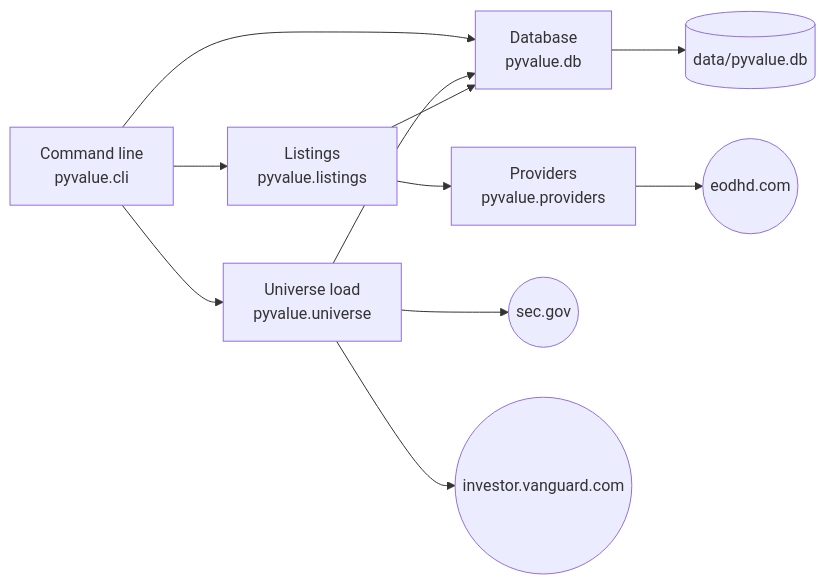
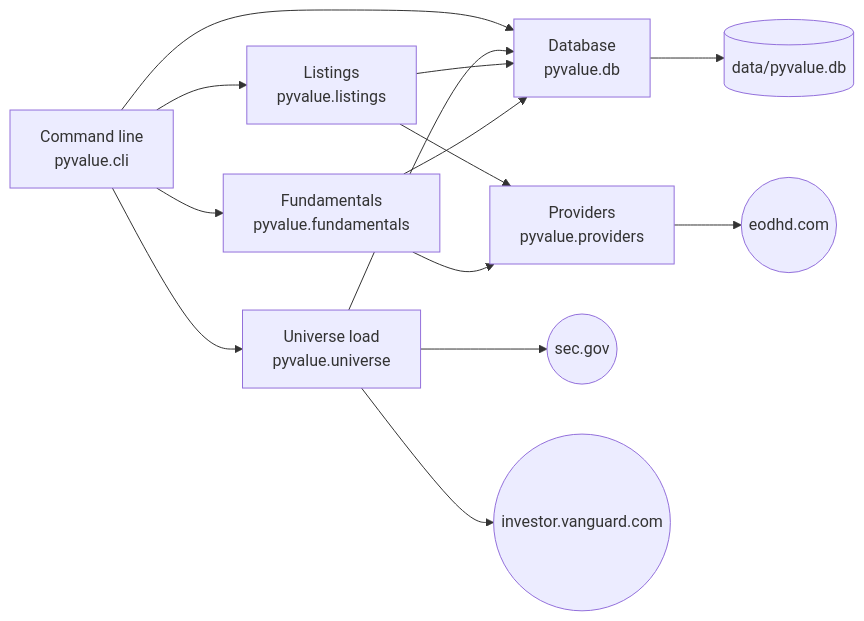
Before and after one commit to emretezel/pyvalue-next: the diagram in docs/architecture.md, drawn with Mermaid. The commit also changed other lines of this file and 27 other files, not shown here.

````diff
--- a/docs/architecture.md
+++ b/docs/architecture.md
@@ -21,23 +22,27 @@
 ```mermaid
 flowchart LR
     cli["Command line<br/>pyvalue.cli"]
     universe["Universe load<br/>pyvalue.universe"]
     listings["Listings<br/>pyvalue.listings"]
+    fundamentals["Fundamentals<br/>pyvalue.fundamentals"]
     providers["Providers<br/>pyvalue.providers"]
     db["Database<br/>pyvalue.db"]
     file[("data/pyvalue.db")]
     sec(("sec.gov"))
     sponsor(("investor.vanguard.com"))
     eodhd(("eodhd.com"))
 
     cli --> db
     cli --> universe
     cli --> listings
+    cli --> fundamentals
     universe --> db
     universe --> sec
     universe --> sponsor
     listings --> db
     listings --> providers
+    fundamentals --> db
+    fundamentals --> providers
     providers --> eodhd
     db --> file
 ```
````
